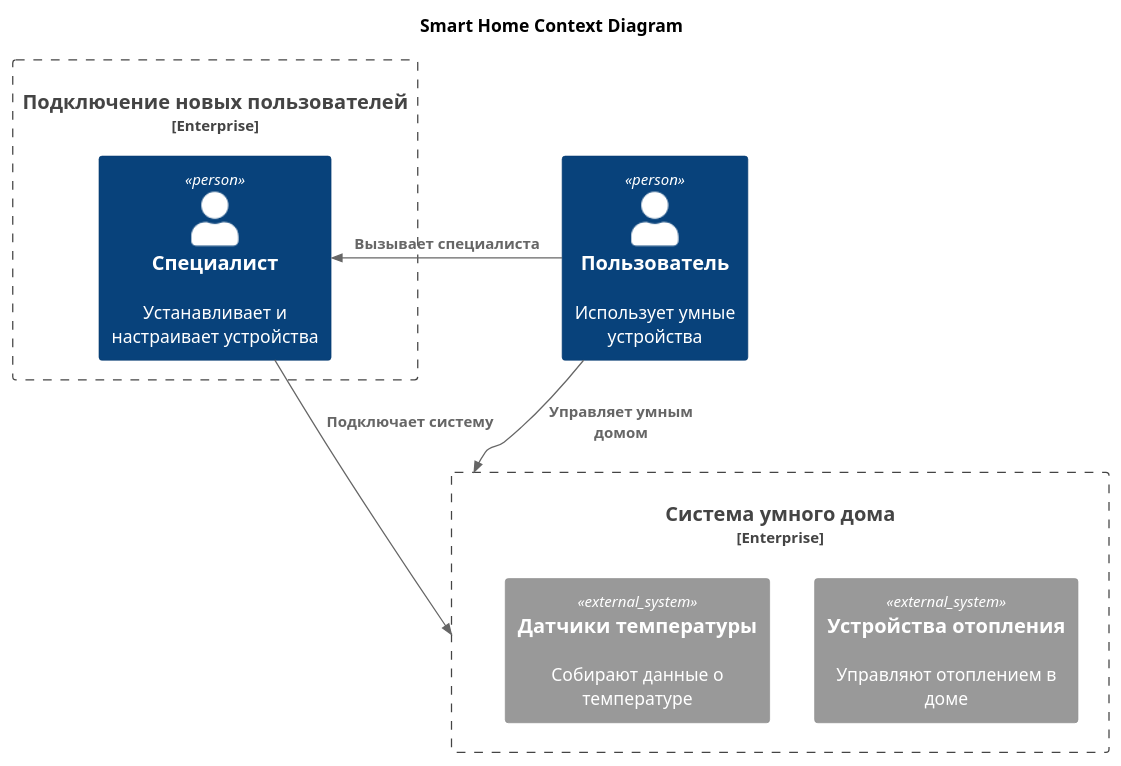
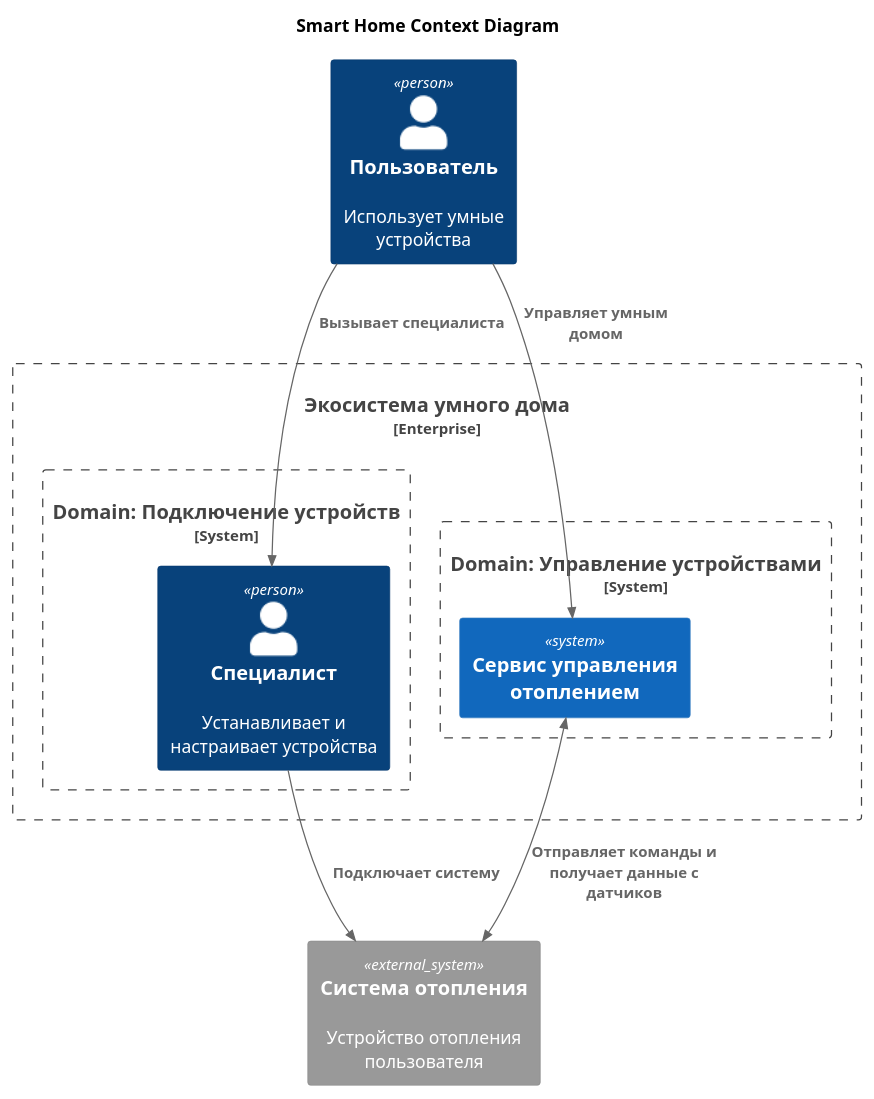
Before and after one commit to awks88/expert-octo-rotary-phone: the diagram in docs/as-is/context/SmartHome_context.puml, drawn with PlantUML. The commit also changed 5 other files, not shown here.

Commit message:
docs: добавлены C4 диаграммы

```diff
--- a/docs/as-is/context/SmartHome_context.puml
+++ b/docs/as-is/context/SmartHome_context.puml
@@ -1,25 +1,26 @@
 @startuml Smart Home Context Diagram
 
 !include https://raw.githubusercontent.com/plantuml-stdlib/C4-PlantUML/master/C4_Context.puml
 
-LAYOUT_TOP_DOWN()
-
 title Smart Home Context Diagram
 Person(User, "Пользователь", "Использует умные устройства")
 
-Enterprise_Boundary(UserManagement, "Подключение новых пользователей") {
-  Person(Installer, "Специалист", "Устанавливает и настраивает устройства")
+System_Ext(Device, "Система отопления", "Устройство отопления пользователя")
+
+Enterprise_Boundary(SmartHomeSystem, "Экосистема умного дома") {
+  System_Boundary(Connector, "Domain: Подключение устройств") {
+    Person(Installer, "Специалист", "Устанавливает и настраивает устройства")
+  }
+
+  System_Boundary(Handlers, "Domain: Управление устройствами") {
+    System(DeviceHandler, "Сервис управления отоплением")
+  }
+
 }
 
-Enterprise_Boundary(SmartHomeSystem, "Система умного дома") {
-  System_Ext(Handlers, "Устройства отопления", "Управляют отоплением в доме")
-  System_Ext(Sensors, "Датчики температуры", "Собирают данные о температуре")
-}
-
-
-Rel_L(User, Installer, "Вызывает специалиста")
-Rel(Installer, SmartHomeSystem, "Подключает систему")
-
-Rel_R(User, SmartHomeSystem, "Управляет умным домом")
+Rel(User, Installer, "Вызывает специалиста")
+Rel(Installer, Device, "Подключает систему")
+Rel(User, DeviceHandler, "Управляет умным домом")
+BiRel(DeviceHandler, Device, "Отправляет команды и получает данные с датчиков")
 
 @enduml
```
